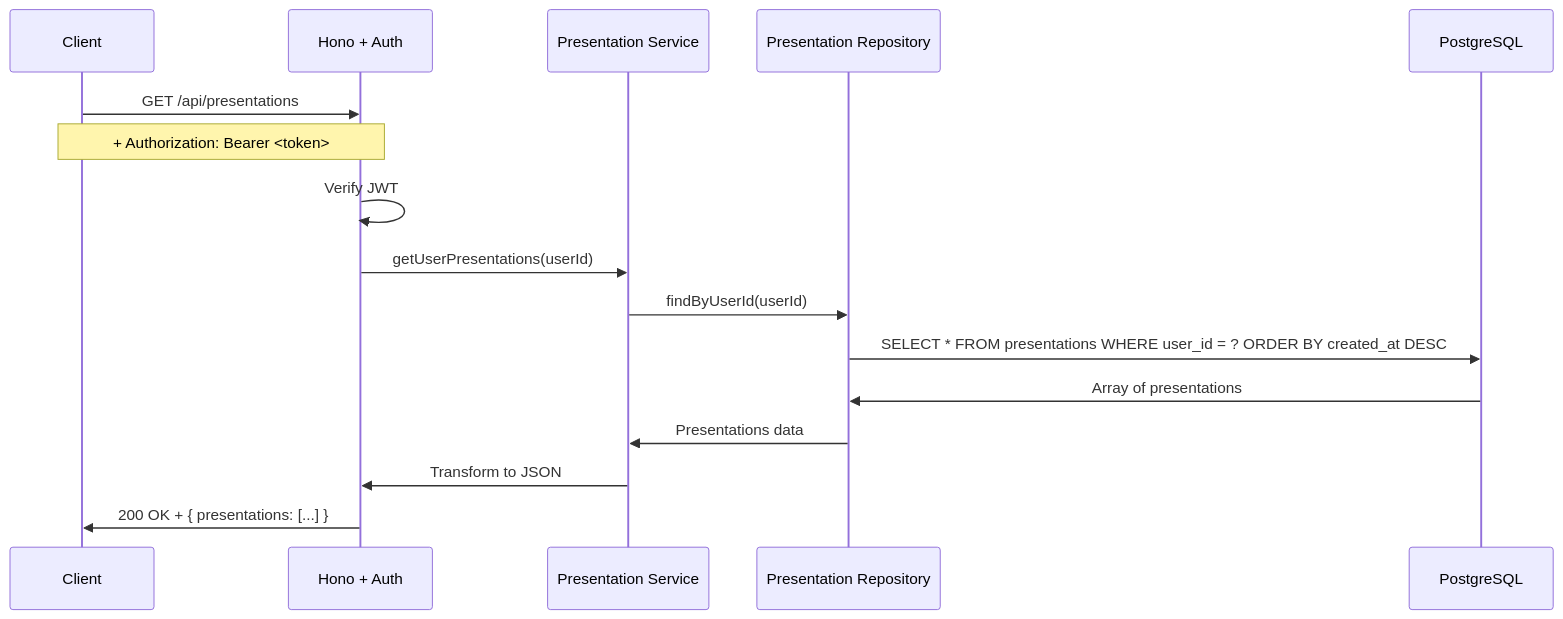
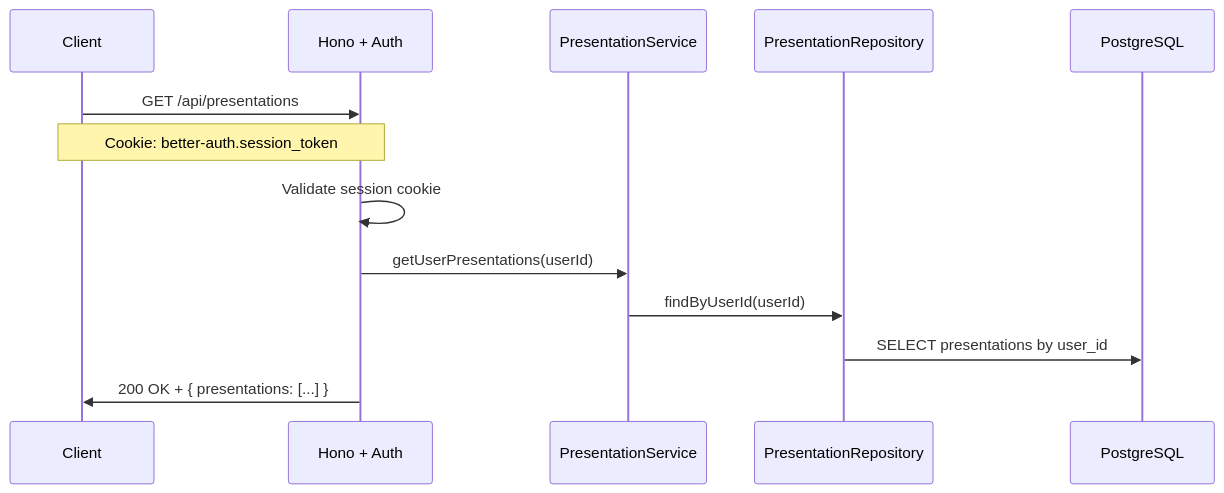
One commit to SINGH-RAJVEER/slidesage changed the fourth of 6 diagrams in docs/REQUEST_FLOWS.md. Above: the diagram before and after it, drawn with Mermaid. The commit also changed other lines of this file and 63 other files, not shown here.

````diff
--- a/docs/REQUEST_FLOWS.md
+++ b/docs/REQUEST_FLOWS.md
@@ -80,21 +84,17 @@
 ```mermaid
 sequenceDiagram
     participant Client as Client
     participant Hono as Hono + Auth
-    participant PresService as Presentation Service
-    participant PresRepo as Presentation Repository
+    participant PresService as PresentationService
+    participant PresRepo as PresentationRepository
     participant DB as PostgreSQL
 
     Client->>Hono: GET /api/presentations
-    Note over Client,Hono: + Authorization: Bearer <token>
+    Note over Client,Hono: Cookie: better-auth.session_token
 
-    Hono->>Hono: Verify JWT
+    Hono->>Hono: Validate session cookie
     Hono->>PresService: getUserPresentations(userId)
-
     PresService->>PresRepo: findByUserId(userId)
-    PresRepo->>DB: SELECT * FROM presentations WHERE user_id = ? ORDER BY created_at DESC
-    DB->>PresRepo: Array of presentations
-    PresRepo->>PresService: Presentations data
-    PresService->>Hono: Transform to JSON
+    PresRepo->>DB: SELECT presentations by user_id
     Hono->>Client: 200 OK + { presentations: [...] }
 ```
````
